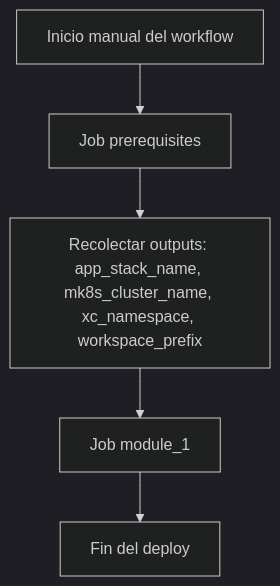
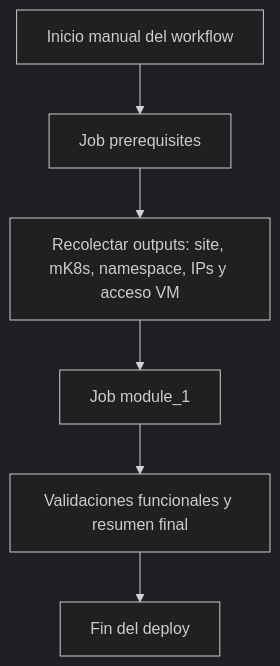
Before and after one commit to ocpdata/xcawsedgedemoguide: the first of 14 diagrams in descripcion.md, drawn with Mermaid (dark theme). The commit also changed other lines of this file and 2 other files, not shown here.

````diff
--- a/descripcion.md
+++ b/descripcion.md
@@ -49,7 +51,8 @@
 ```mermaid
 flowchart TD
     A[Inicio manual del workflow] --> B[Job prerequisites]
-    B --> C[Recolectar outputs: app_stack_name, mk8s_cluster_name, xc_namespace, workspace_prefix]
+    B --> C[Recolectar outputs: site, mK8s, namespace, IPs y acceso VM]
     C --> D[Job module_1]
-    D --> E[Fin del deploy]
+    D --> E[Validaciones funcionales y resumen final]
+    E --> F[Fin del deploy]
 ```
````
